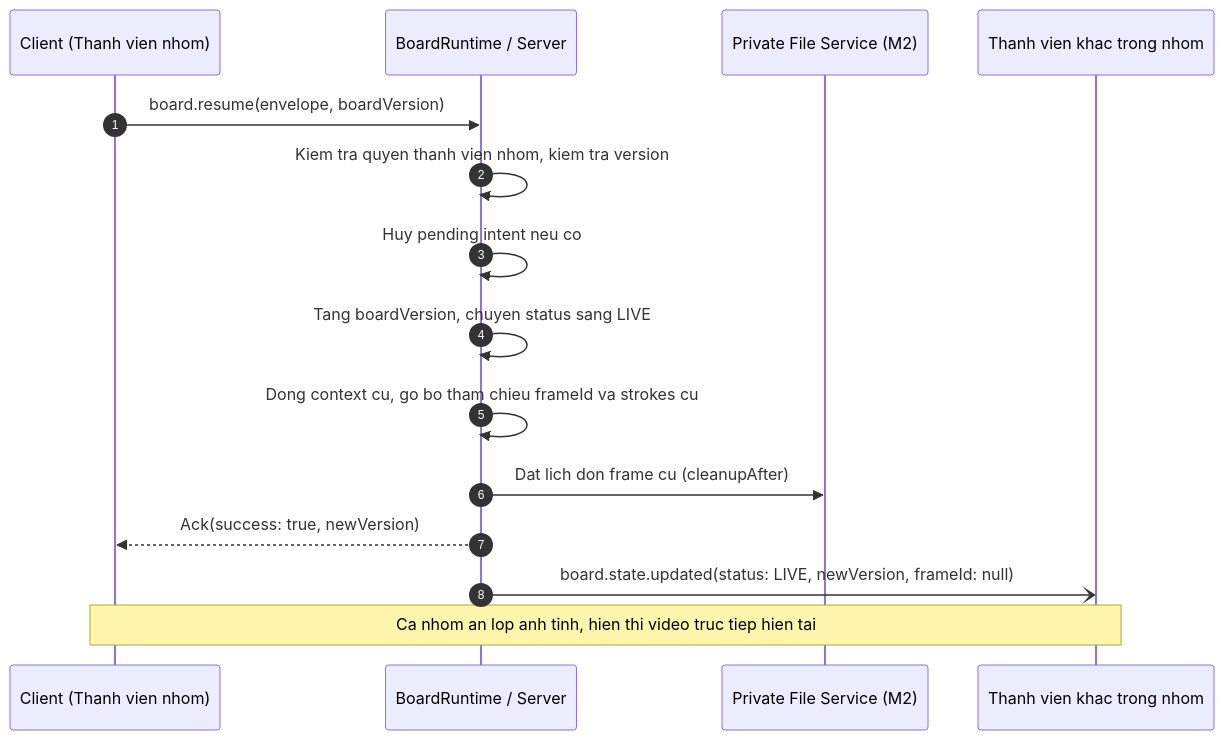
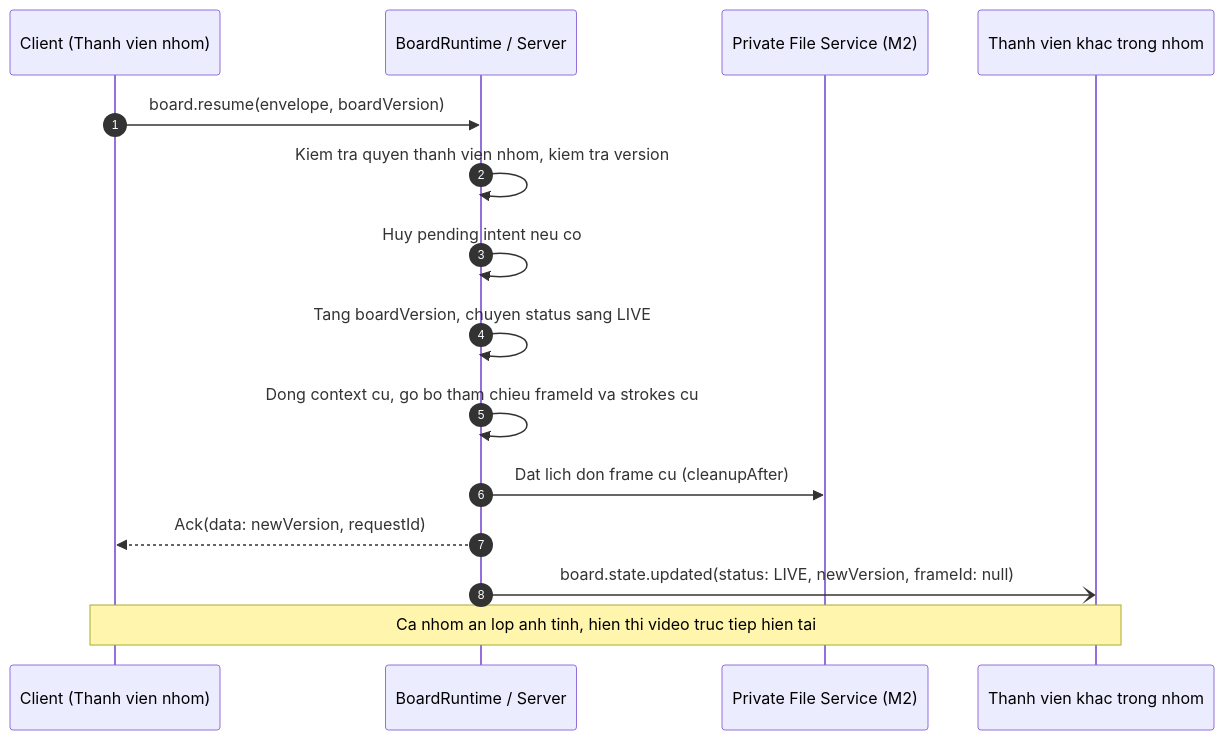
One commit to Lightning1507/CoLearnia changed the sixth of 12 diagrams in docs/proposals/m5-board.md. Above: the diagram before and after it, drawn with Mermaid. The commit also changed other lines of this file and 11 other files, not shown here.

````diff
--- a/docs/proposals/m5-board.md
+++ b/docs/proposals/m5-board.md
@@ -602,18 +606,18 @@
 ```mermaid
 sequenceDiagram
   autonumber
   participant C as Client (Thanh vien nhom)
   participant S as BoardRuntime / Server
   participant F as Private File Service (M2)
   participant G as Thanh vien khac trong nhom
 
   C->>S: board.resume(envelope, boardVersion)
   S->>S: Kiem tra quyen thanh vien nhom, kiem tra version
   S->>S: Huy pending intent neu co
   S->>S: Tang boardVersion, chuyen status sang LIVE
   S->>S: Dong context cu, go bo tham chieu frameId va strokes cu
   S->>F: Dat lich don frame cu (cleanupAfter)
-  S-->>C: Ack(success: true, newVersion)
+  S-->>C: Ack(data: newVersion, requestId)
   S-)G: board.state.updated(status: LIVE, newVersion, frameId: null)
   Note over C,G: Ca nhom an lop anh tinh, hien thi video truc tiep hien tai
 ```
````
